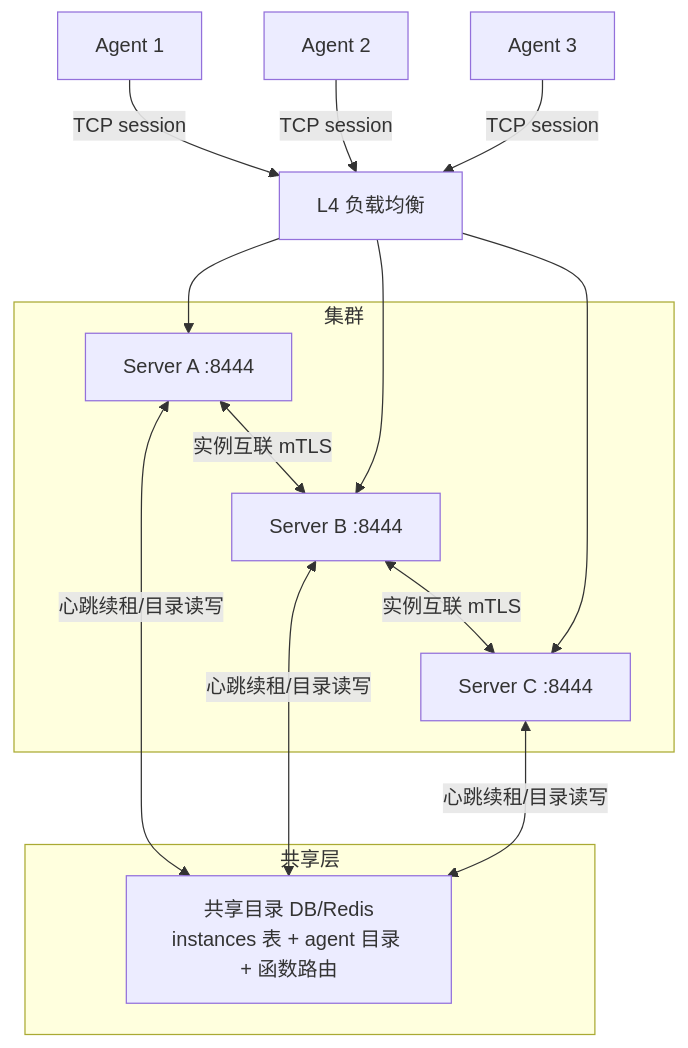
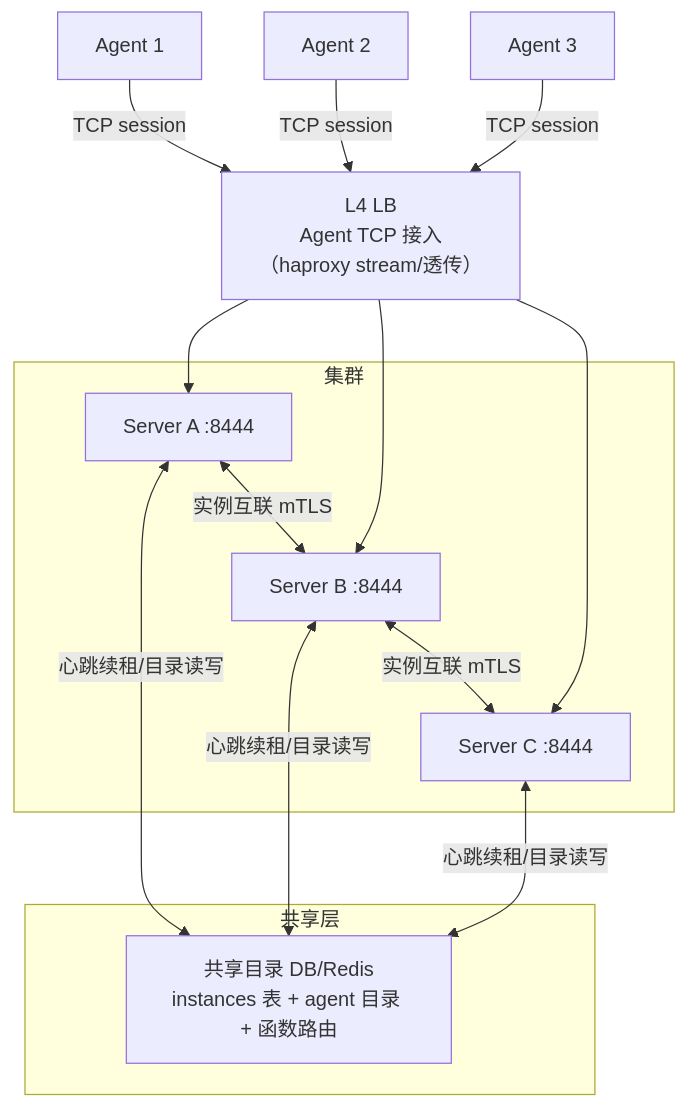
Before and after one commit to cuihairu/croupier: the diagram in docs/architecture/server-ha-multi-instance.md, drawn with Mermaid. The commit also changed other lines of this file and 1 other file, not shown here.

First line of the commit message:
docs: 修正架构图负载均衡分层——L7（nginx，HTTP/SSE）与 L4（haproxy，Agent TCP）分开画

````diff
--- a/docs/architecture/server-ha-multi-instance.md
+++ b/docs/architecture/server-ha-multi-instance.md
@@ -150,27 +150,27 @@
 ```mermaid
 graph TB
   subgraph 共享层
     DIR[共享目录 DB/Redis<br/>instances 表 + agent 目录 + 函数路由]
   end
   subgraph 集群
     SA[Server A :8444]
     SB[Server B :8444]
     SC[Server C :8444]
   end
-  LB[L4 负载均衡]
+  LB[L4 LB<br/>Agent TCP 接入<br/>（haproxy stream/透传）]
   AG1[Agent 1]
   AG2[Agent 2]
   AG3[Agent 3]
 
   SA <-->|心跳续租/目录读写| DIR
   SB <-->|心跳续租/目录读写| DIR
   SC <-->|心跳续租/目录读写| DIR
   SA <-->|实例互联 mTLS| SB
   SB <-->|实例互联 mTLS| SC
   AG1 -->|TCP session| LB
   AG2 -->|TCP session| LB
   AG3 -->|TCP session| LB
   LB --> SA
   LB --> SB
   LB --> SC
 ```
````
